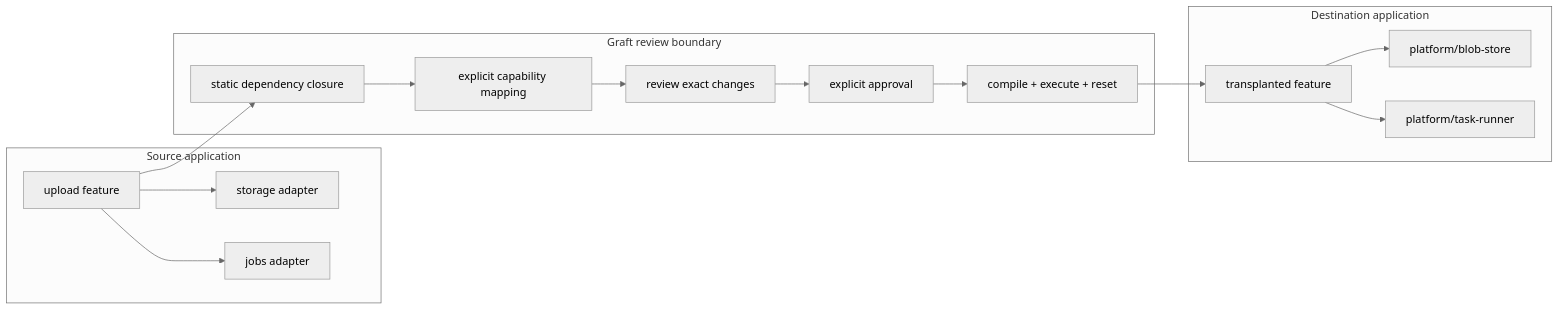
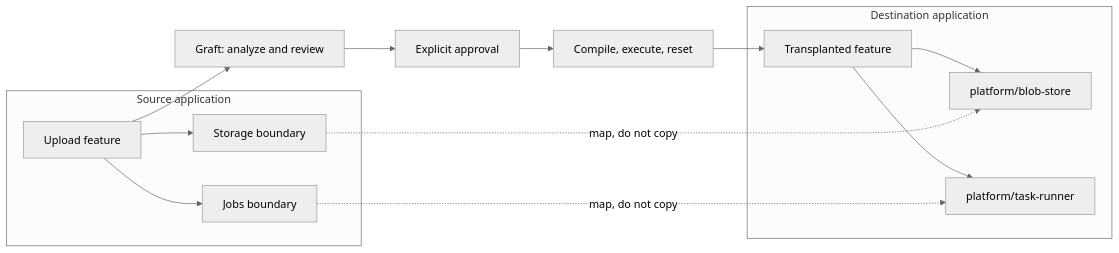
One commit to shlbi/graft changed the first of 2 diagrams in README.md. Above: the diagram before and after it, drawn with Mermaid (neutral theme). The commit also changed other lines of this file and 6 other files, not shown here.

````diff
--- a/README.md
+++ b/README.md
@@ -25,30 +28,17 @@
 ```mermaid
 flowchart LR
-  subgraph S[Source application]
-    F[upload feature]
-    SA[storage adapter]
-    JA[jobs adapter]
-    F --> SA
-    F --> JA
+  subgraph Source[Source application]
+    F[Upload feature] --> S[Storage boundary]
+    F --> J[Jobs boundary]
   end
-
-  subgraph G[Graft review boundary]
-    A[static dependency closure]
-    M[explicit capability mapping]
-    R[review exact changes]
-    P[explicit approval]
-    V[compile + execute + reset]
-    A --> M --> R --> P --> V
+  F --> R[Graft: analyze and review]
+  R --> A[Explicit approval]
+  A --> V[Compile, execute, reset]
+  subgraph Destination[Destination application]
+    T[Transplanted feature] --> B[platform/blob-store]
+    T --> W[platform/task-runner]
   end
-
-  subgraph D[Destination application]
-    DF[transplanted feature]
-    BS[platform/blob-store]
-    TR[platform/task-runner]
-    DF --> BS
-    DF --> TR
-  end
-
-  F --> A
-  V --> DF
+  V --> T
+  S -. map, do not copy .-> B
+  J -. map, do not copy .-> W
 ```
````
